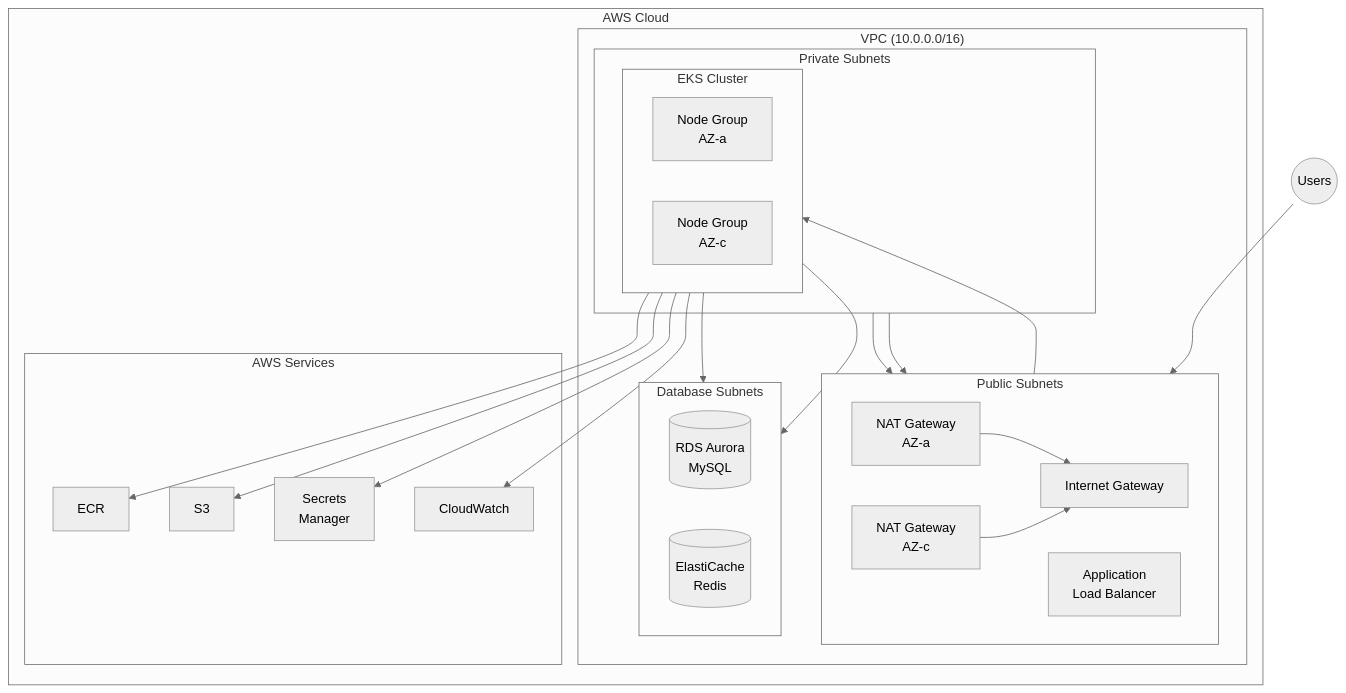
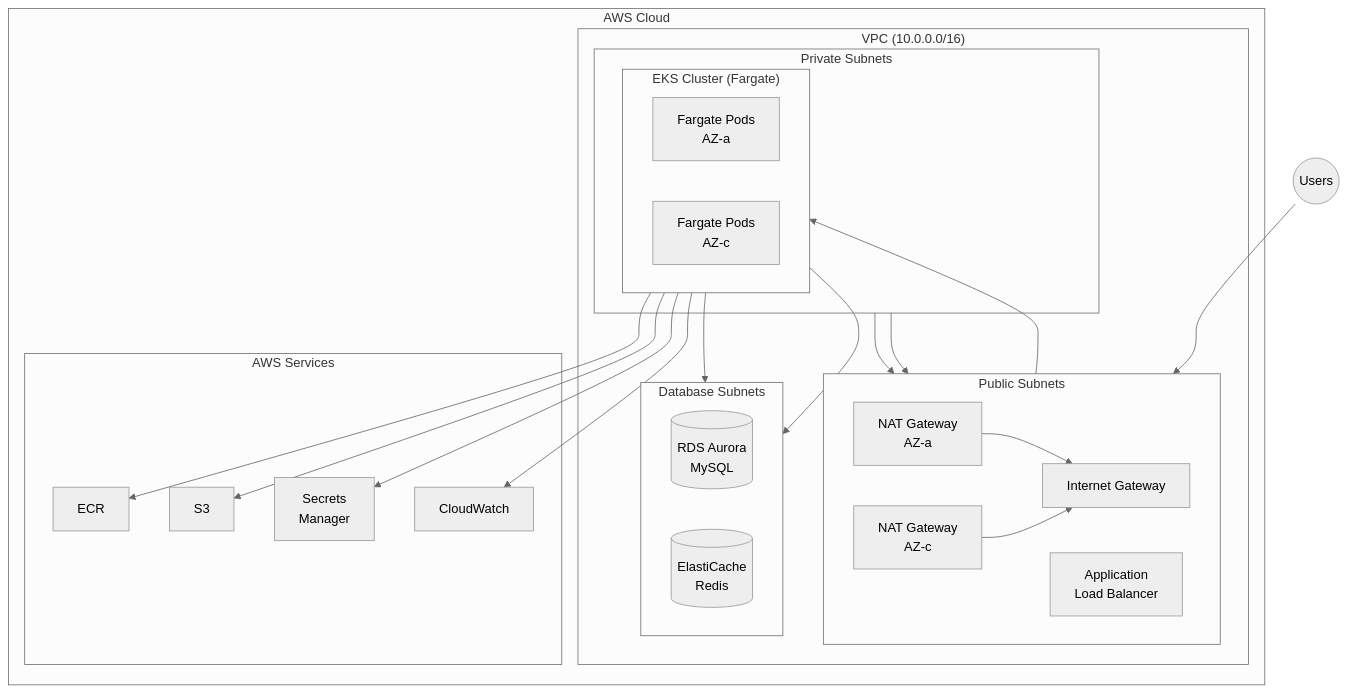
One commit to JSJ2337/AWS_EKS_terraform_code changed the first of 9 diagrams in docs/architecture.md. Above: the diagram before and after it, drawn with Mermaid (neutral theme). The commit also changed other lines of this file and 2 other files, not shown here.

First line of the commit message:
docs: 문서 업데이트 - EC2 Node Group → Fargate 변경 반영

````diff
--- a/docs/architecture.md
+++ b/docs/architecture.md
@@ -7,48 +7,48 @@
 ```mermaid
 flowchart TB
     subgraph AWS["AWS Cloud"]
         subgraph VPC["VPC (10.0.0.0/16)"]
             subgraph PublicSubnets["Public Subnets"]
                 direction LR
                 IGW[Internet Gateway]
                 NAT_A[NAT Gateway<br/>AZ-a]
                 NAT_C[NAT Gateway<br/>AZ-c]
                 ALB[Application<br/>Load Balancer]
             end
 
             subgraph PrivateSubnets["Private Subnets"]
-                subgraph EKS["EKS Cluster"]
+                subgraph EKS["EKS Cluster (Fargate)"]
                     direction LR
-                    NG_A[Node Group<br/>AZ-a]
-                    NG_C[Node Group<br/>AZ-c]
+                    FG_A[Fargate Pods<br/>AZ-a]
+                    FG_C[Fargate Pods<br/>AZ-c]
                 end
             end
 
             subgraph DatabaseSubnets["Database Subnets"]
                 direction LR
                 RDS[(RDS Aurora<br/>MySQL)]
                 Redis[(ElastiCache<br/>Redis)]
             end
         end
 
         subgraph AWSServices["AWS Services"]
             ECR[ECR]
             S3[S3]
             SM[Secrets<br/>Manager]
             CW[CloudWatch]
         end
     end
 
     Users((Users)) --> ALB
     ALB --> EKS
     EKS --> RDS
     EKS --> Redis
     EKS --> ECR
     EKS --> S3
     EKS --> SM
     EKS --> CW
     PrivateSubnets --> NAT_A
     PrivateSubnets --> NAT_C
     NAT_A --> IGW
     NAT_C --> IGW
 ```
````
